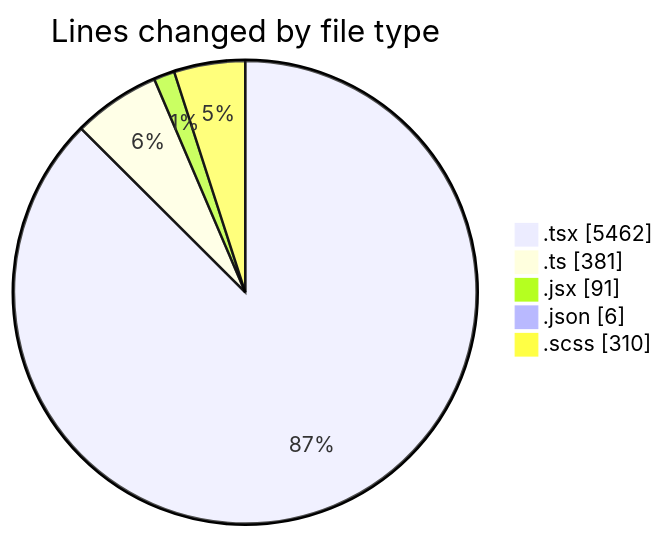
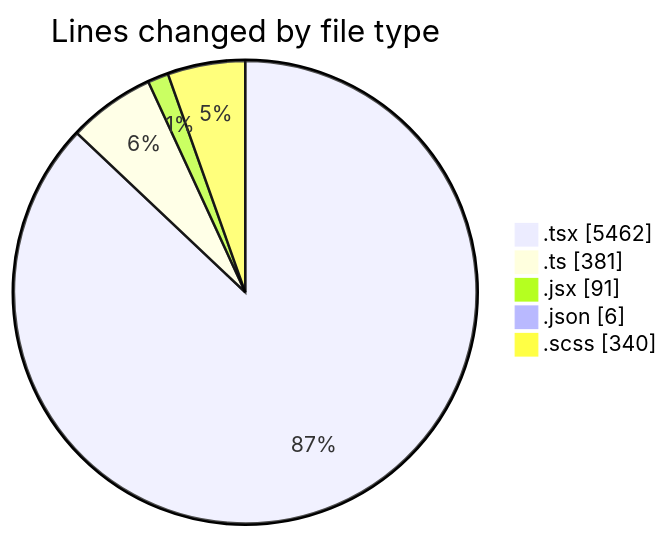
The first of 2 diagrams in 2026-04-27/cda/README.md (momahboobian/code-tracking), drawn with Mermaid before and after one commit. The commit also changed other lines of this file and 1 other file, not shown here.

````diff
--- a/2026-04-27/cda/README.md
+++ b/2026-04-27/cda/README.md
@@ -42,9 +44,9 @@
 ```mermaid
 pie showData
 title Lines changed by file type
 ".tsx" : 5462
 ".ts" : 381
 ".jsx" : 91
 ".json" : 6
-".scss" : 310
+".scss" : 340
 ```
````
